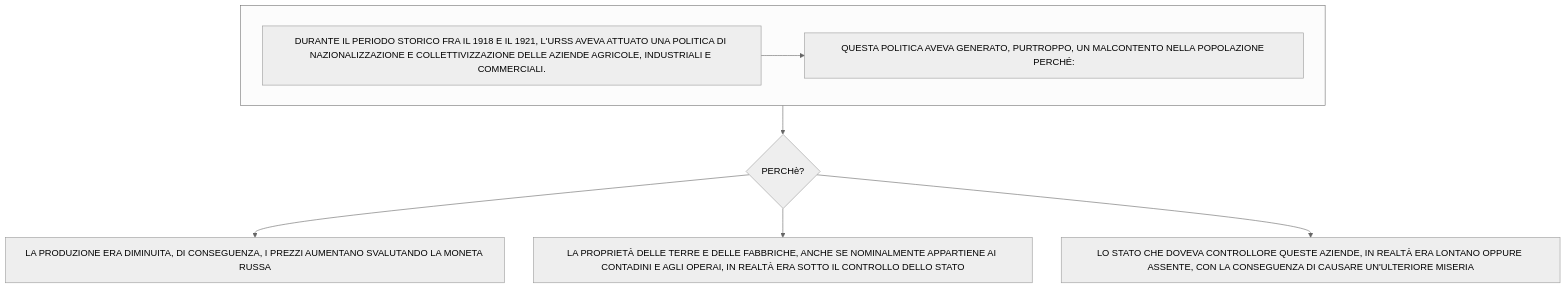
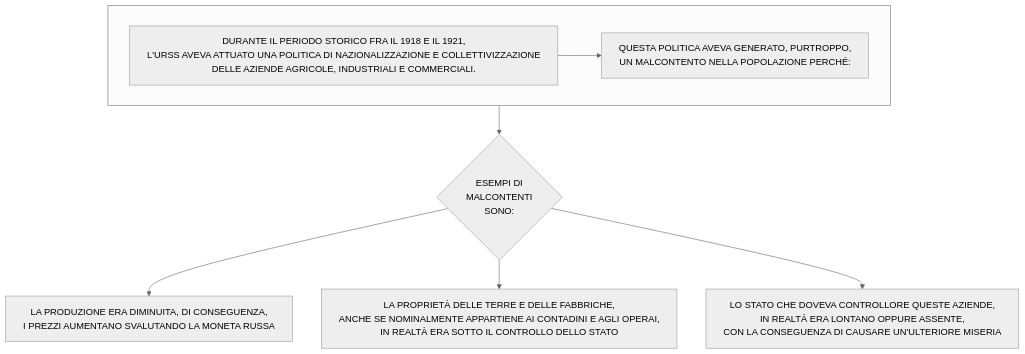
One commit to Laaouatni/ricerca-storia-MermaidJS changed diagram 17 of 17 in stalinismoRiscrittura.md. Above: the diagram before and after it, drawn with Mermaid (neutral theme). The commit also changed other lines of this file, not shown here.

````diff
--- a/stalinismoRiscrittura.md
+++ b/stalinismoRiscrittura.md
@@ -332,15 +332,15 @@
 ```mermaid
 %%{init: { "flowchart": { "wrappingWidth": 800 } }}%%
 flowchart TB
   subgraph 3[" "]
-    0[DURANTE IL PERIODO STORICO FRA IL 1918 E IL 1921, L'URSS AVEVA ATTUATO UNA POLITICA DI NAZIONALIZZAZIONE E COLLETTIVIZZAZIONE DELLE AZIENDE AGRICOLE, INDUSTRIALI E COMMERCIALI.]
-    1[QUESTA POLITICA AVEVA GENERATO, PURTROPPO, UN MALCONTENTO NELLA POPOLAZIONE PERCHÉ:]
+    0[DURANTE IL PERIODO STORICO FRA IL 1918 E IL 1921, <br>L'URSS AVEVA ATTUATO UNA POLITICA DI NAZIONALIZZAZIONE E COLLETTIVIZZAZIONE <br>DELLE AZIENDE AGRICOLE, INDUSTRIALI E COMMERCIALI.]
+    1[QUESTA POLITICA AVEVA GENERATO, PURTROPPO, <br>UN MALCONTENTO NELLA POPOLAZIONE PERCHÉ:]
   end
-  2{PERCHè?}
-  20[LA PRODUZIONE ERA DIMINUITA, DI CONSEGUENZA, I PREZZI AUMENTANO SVALUTANDO LA MONETA RUSSA]
-  21[LA PROPRIETÀ DELLE TERRE E DELLE FABBRICHE, ANCHE SE NOMINALMENTE APPARTIENE AI CONTADINI E AGLI OPERAI, IN REALTÀ ERA SOTTO IL CONTROLLO DELLO STATO]
-  22[LO STATO CHE DOVEVA CONTROLLORE QUESTE AZIENDE, IN REALTÀ ERA LONTANO OPPURE ASSENTE, CON LA CONSEGUENZA DI CAUSARE UN'ULTERIORE MISERIA]
+  2{ESEMPI DI <BR>MALCONTENTI <BR>SONO:}
+  20[LA PRODUZIONE ERA DIMINUITA, DI CONSEGUENZA, <br>I PREZZI AUMENTANO SVALUTANDO LA MONETA RUSSA]
+  21[LA PROPRIETÀ DELLE TERRE E DELLE FABBRICHE, <br>ANCHE SE NOMINALMENTE APPARTIENE AI CONTADINI E AGLI OPERAI, <br>IN REALTÀ ERA SOTTO IL CONTROLLO DELLO STATO]
+  22[LO STATO CHE DOVEVA CONTROLLORE QUESTE AZIENDE, <br>IN REALTÀ ERA LONTANO OPPURE ASSENTE, <br>CON LA CONSEGUENZA DI CAUSARE UN'ULTERIORE MISERIA]
   0 --> 1 
   3 --> 2
   2 --> 20 & 21 & 22
 ```
````
